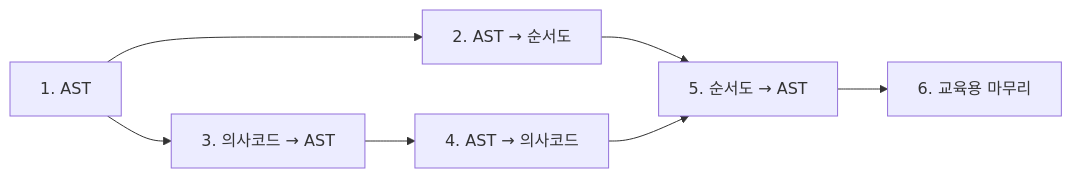
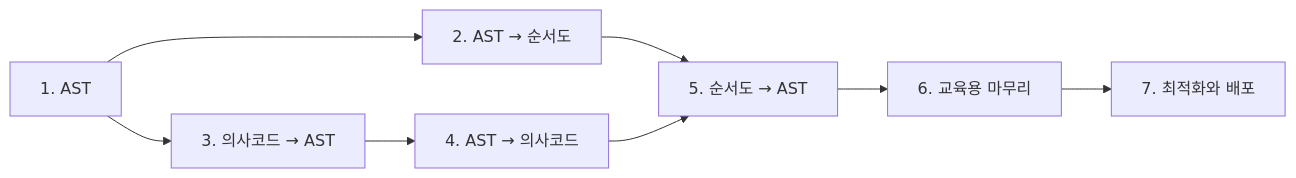
The diagram in docs/milestones/README.md (donginssam/algorithm-visualizer), drawn with Mermaid before and after one commit. The commit also changed other lines of this file and 11 other files, not shown here.

````diff
--- a/docs/milestones/README.md
+++ b/docs/milestones/README.md
@@ -20,9 +21,10 @@
 ```mermaid
 flowchart LR
   m1["1. AST"] --> m2["2. AST → 순서도"]
   m1 --> m3["3. 의사코드 → AST"]
   m3 --> m4["4. AST → 의사코드"]
   m2 --> m5["5. 순서도 → AST"]
   m4 --> m5
   m5 --> m6["6. 교육용 마무리"]
+  m6 --> m7["7. 최적화와 배포"]
 ```
````
